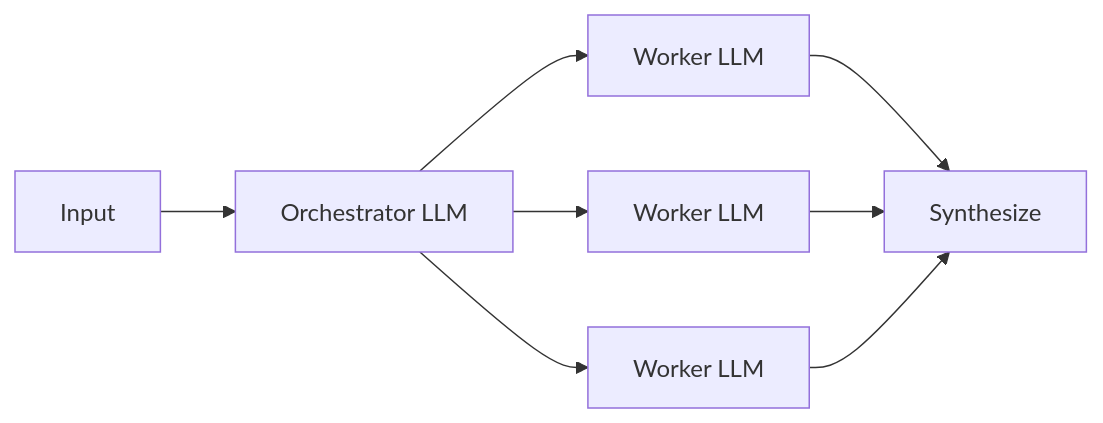
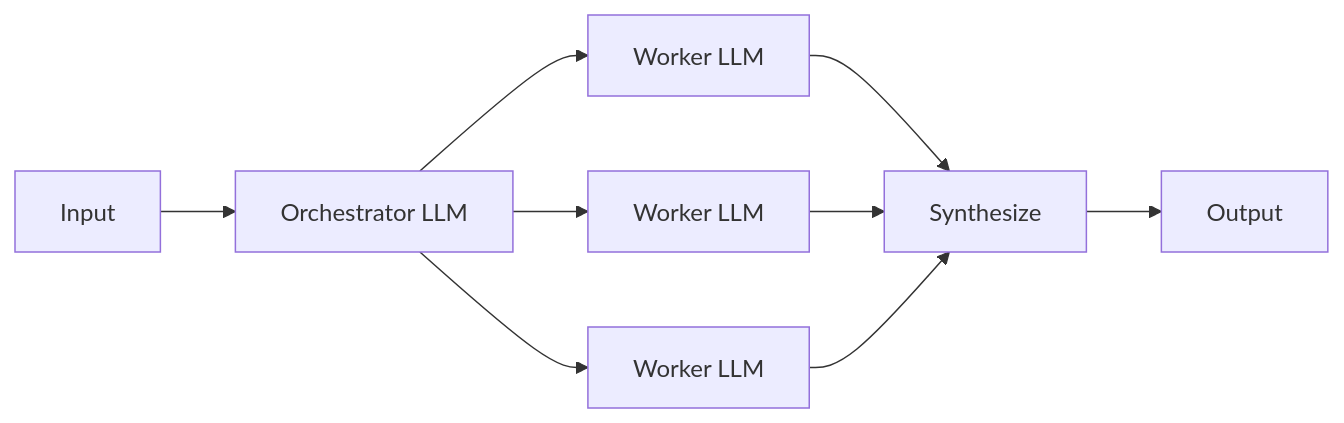
Before and after one commit to averagejoeslab/agenteng: the sixth of 9 diagrams in README.md, drawn with Mermaid. The commit also changed other lines of this file, not shown here.

First line of the commit message:
docs(readme): give every pattern diagram explicit Input/Output nodes

````diff
--- a/README.md
+++ b/README.md
@@ -82,10 +87,11 @@
 ```mermaid
 flowchart LR
     In[Input] --> O[Orchestrator LLM]
     O --> W1[Worker LLM]
     O --> W2[Worker LLM]
     O --> W3[Worker LLM]
     W1 --> S[Synthesize]
     W2 --> S
     W3 --> S
+    S --> Out[Output]
 ```
````
